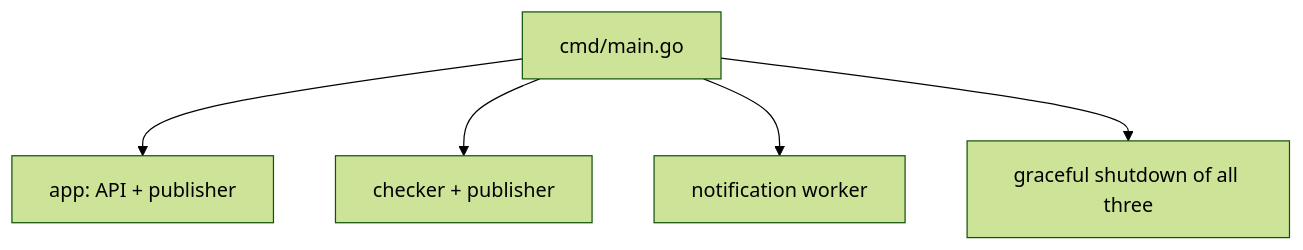
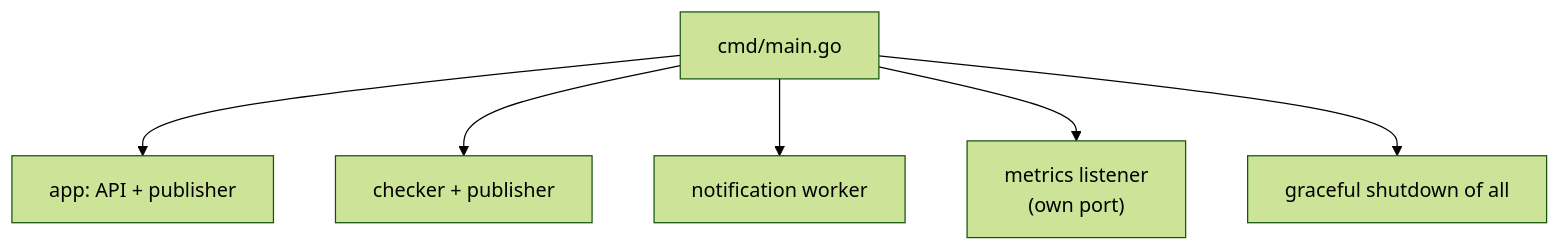
The third of 3 diagrams in docs/notifications/architecture.md (stackmon/status-dashboard-v3), drawn with Mermaid (forest theme) before and after one commit. The commit also changed other lines of this file and 14 other files, not shown here.

````diff
--- a/docs/notifications/architecture.md
+++ b/docs/notifications/architecture.md
@@ -363,7 +395,8 @@
 ```mermaid
 flowchart TB
-    M[cmd/main.go] --> APP[app: API + publisher]
-    M --> CHK[checker + publisher]
-    M --> WRK[notification worker]
-    M --> SD[graceful shutdown of all three]
+    M[cmd/main.go] --> APP["app: API + publisher"]
+    M --> CHK["checker + publisher"]
+    M --> WRK["notification worker"]
+    M --> MET["metrics listener<br/>(own port)"]
+    M --> SD["graceful shutdown of all"]
 ```
````
